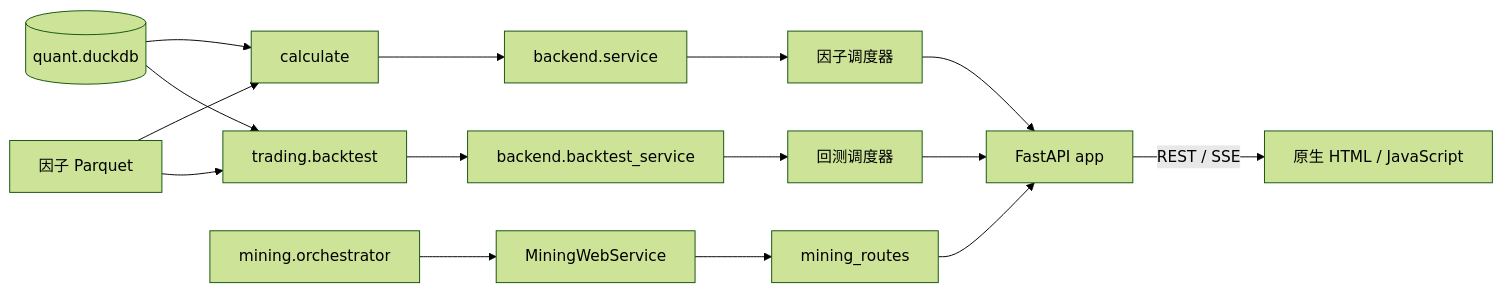
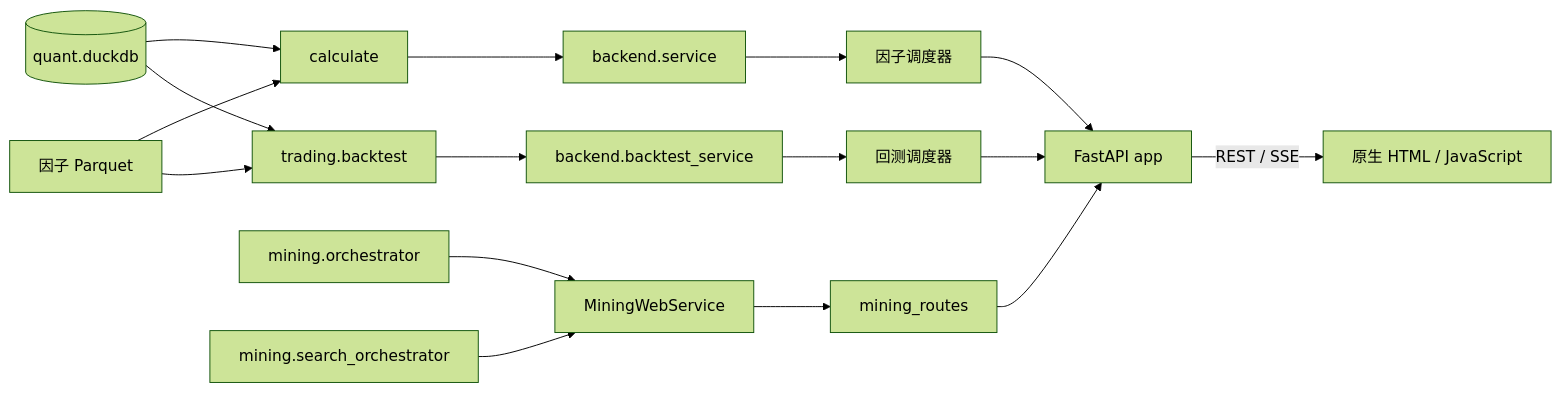
Before and after one commit to rowerman/quant-all: the diagram in docs/project-guide/09-monitor-web.md, drawn with Mermaid (forest theme). The commit also changed other lines of this file and 18 other files, not shown here.

Commit message:
docs(mining): record V136 roadmap and documentation sync

````diff
--- a/docs/project-guide/09-monitor-web.md
+++ b/docs/project-guide/09-monitor-web.md
@@ -32,17 +32,18 @@
 ```mermaid
 flowchart LR
   QDB[(quant.duckdb)] --> CALC[calculate]
   FPQ[因子 Parquet] --> CALC
   CALC --> SERVICE[backend.service]
   SERVICE --> FSCHED[因子调度器]
   FPQ --> BT[trading.backtest]
   QDB --> BT
   BT --> BTSVC[backend.backtest_service]
   BTSVC --> BSCHED[回测调度器]
   ORCH[mining.orchestrator] --> MINSVC[MiningWebService]
+  SEARCH[mining.search_orchestrator] --> MINSVC
   MINSVC --> MROUTE[mining_routes]
   FSCHED --> APP[FastAPI app]
   BSCHED --> APP
   MROUTE --> APP
   APP -->|REST / SSE| WEB[原生 HTML / JavaScript]
 ```
````
